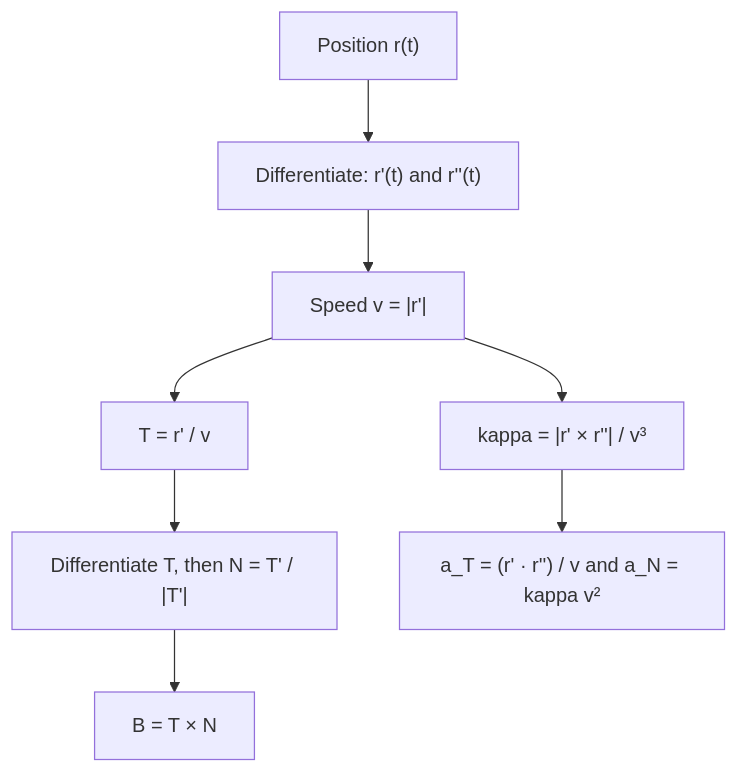
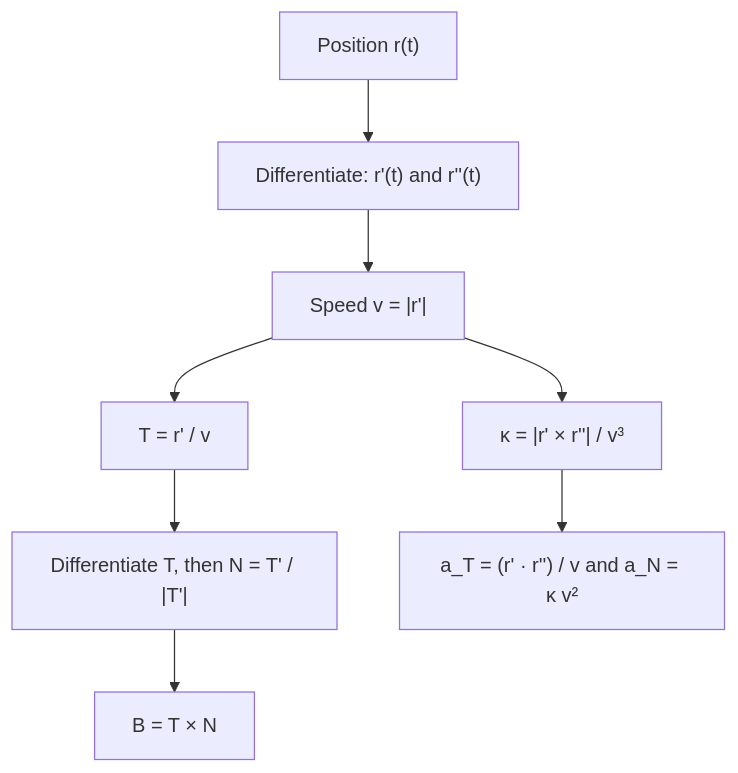
One commit to Aziliz/erudior changed the diagram in content/math/multivariable/lessons/09-tnb.md. Above: the diagram before and after it, drawn with Mermaid. The commit also changed 61 other files, not shown here.

````diff
--- a/content/math/multivariable/lessons/09-tnb.md
+++ b/content/math/multivariable/lessons/09-tnb.md
@@ -94,12 +94,12 @@
 ```mermaid
 flowchart TD
   accTitle: Computing the TNB frame and the components of acceleration
   accDescr: Start from r of t. Differentiate to get r prime and r double prime. Find the speed v, the length of r prime. Then T equals r prime over v. Differentiate T and normalize to get N, then B equals T cross N. Separately, from r prime and r double prime, find the curvature as the length of r prime cross r double prime over v cubed, and the components a sub T equals r prime dot r double prime over v and a sub N equals kappa v squared.
   n1["Position r(t)"] --> n2["Differentiate: r'(t) and r''(t)"]
   n2 --> n3["Speed v = |r'|"]
   n3 --> n4["T = r' / v"]
   n4 --> n5["Differentiate T, then N = T' / |T'|"]
   n5 --> n6["B = T × N"]
-  n3 --> n7["kappa = |r' × r''| / v³"]
-  n7 --> n8["a_T = (r' · r'') / v and a_N = kappa v²"]
+  n3 --> n7["κ = |r' × r''| / v³"]
+  n7 --> n8["a_T = (r' · r'') / v and a_N = κ v²"]
 ```
````
